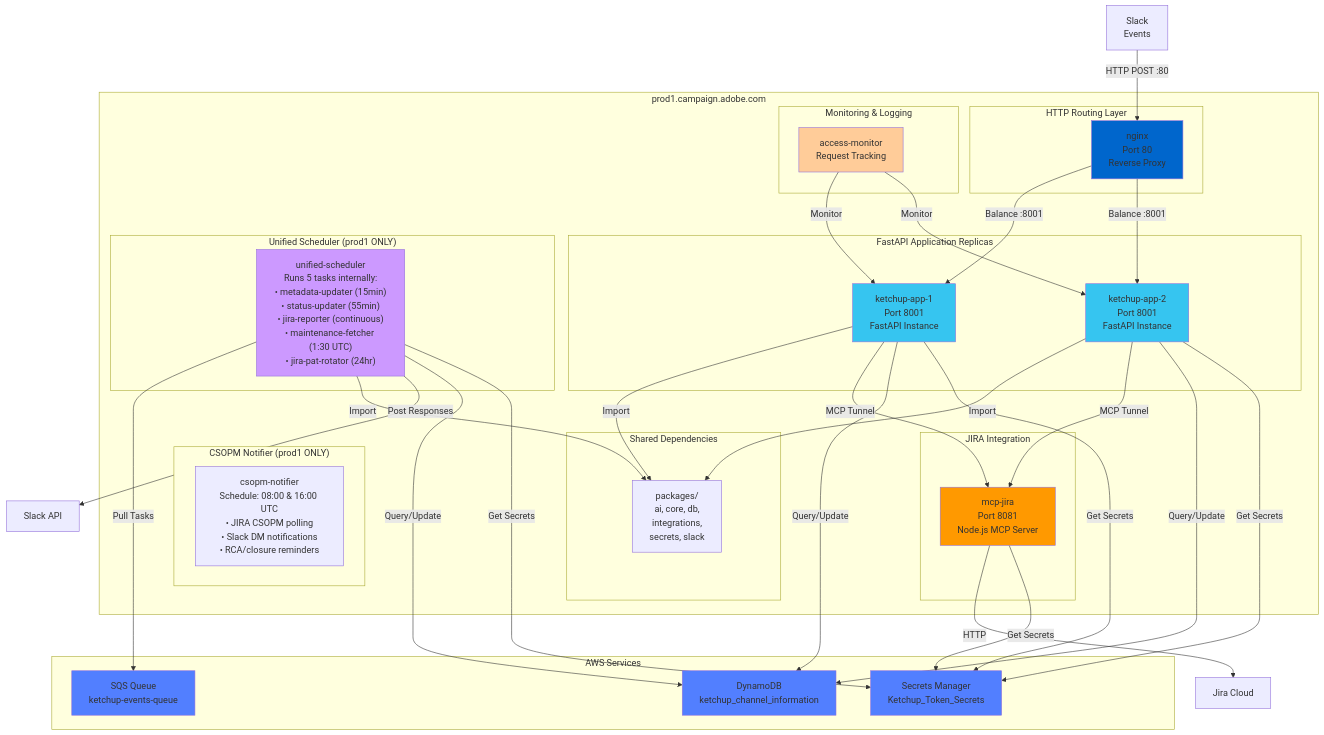
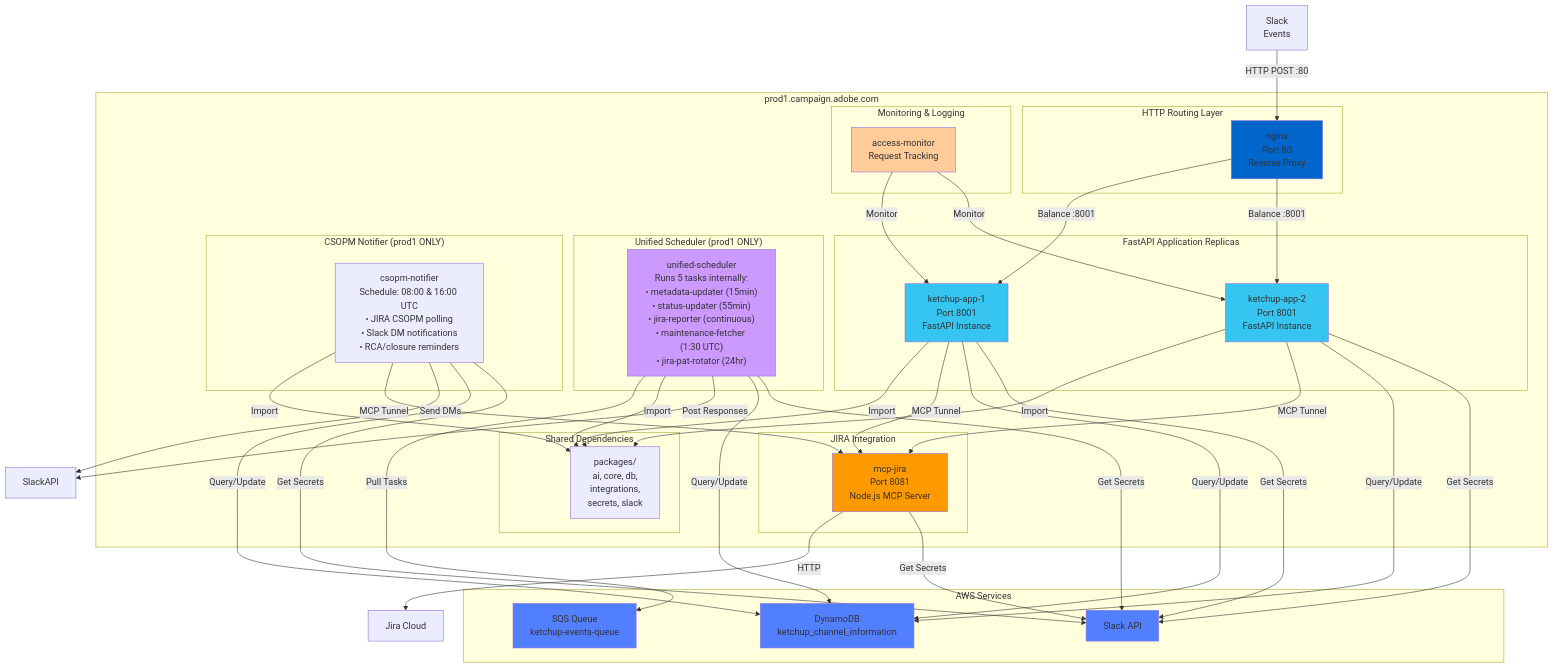
The first of 5 diagrams in projects/ketchup/docs/diagrams/5-container-topology.md (blueman82/mcp-exec), drawn with Mermaid before and after one commit.

Commit message:
Update documentation: 5-container-topology.md via Edit [2026-01-22 11:29]

```diff
--- a/projects/ketchup/docs/diagrams/5-container-topology.md
+++ b/projects/ketchup/docs/diagrams/5-container-topology.md
@@ -57,7 +57,13 @@
 
     UnifiedScheduler -->|Pull Tasks| SQS
     UnifiedScheduler -->|Import| Packages
-    UnifiedScheduler -->|Post Responses| SlackAPI["Slack API"]
+    UnifiedScheduler -->|Post Responses| SlackAPI
+
+    CSOPMNotifier -->|Import| Packages
+    CSOPMNotifier -->|MCP Tunnel| MCP
+    CSOPMNotifier -->|Send DMs| SlackAPI
+    CSOPMNotifier -->|Query/Update| DDB
+    CSOPMNotifier -->|Get Secrets| Secrets["Slack API"]
 
     App1 -->|Query/Update| DDB
     App2 -->|Query/Update| DDB
```
